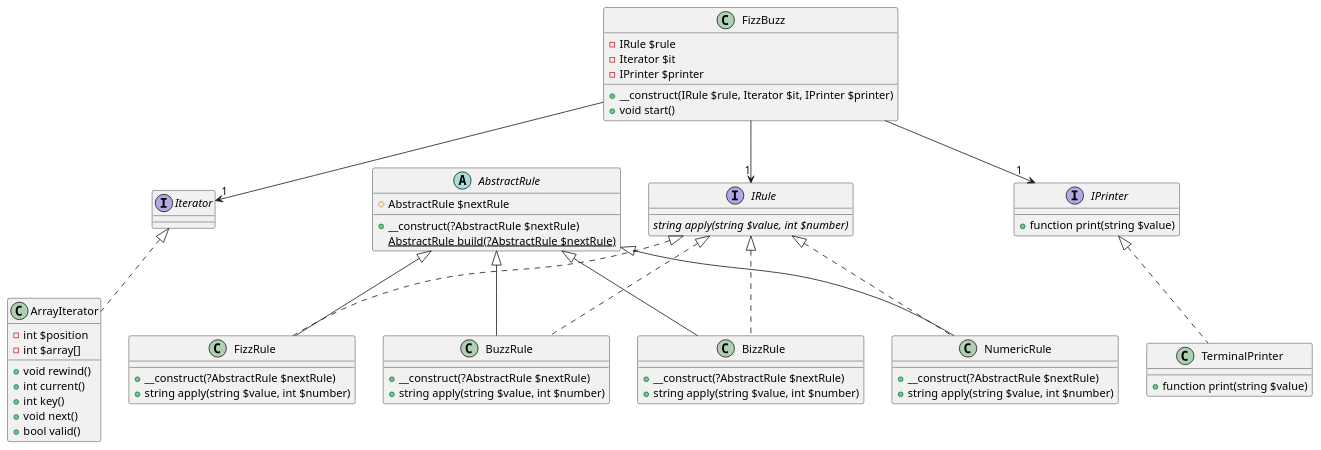
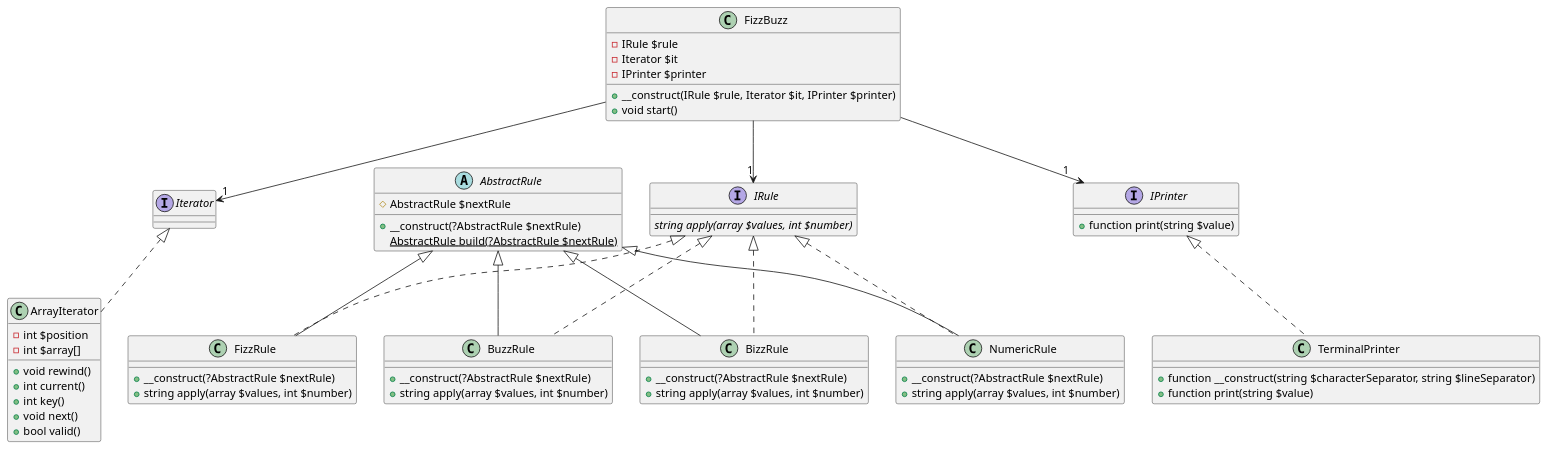
Before and after one commit to SuzukiCecil/FizzBuzz_Solid: the diagram in doc/uml.wsd, drawn with PlantUML. The commit also changed 13 other files, not shown here.

```diff
--- a/doc/uml.wsd
+++ b/doc/uml.wsd
@@ -1,71 +1,72 @@
 @startuml
 class FizzBuzz {
   - IRule $rule
   - Iterator $it
   - IPrinter $printer
   + __construct(IRule $rule, Iterator $it, IPrinter $printer)
   + void start()
 }
 
 interface Iterator
 
 class ArrayIterator {
   - int $position
   - int $array[]
   + void rewind()
   + int current()
   + int key()
   + void next()
   + bool valid()
 }
 
 
 interface IPrinter {
   + function print(string $value)
 }
 
 class TerminalPrinter {
-  + function print(string $value) 
+  + function __construct(string $characterSeparator, string $lineSeparator)
+  + function print(string $value)
 }
 
 abstract class AbstractRule {
   # AbstractRule $nextRule
   + __construct(?AbstractRule $nextRule)
   {static} AbstractRule build(?AbstractRule $nextRule)
 }
 interface IRule {
-  {abstract} string apply(string $value, int $number)
+  {abstract} string apply(array $values, int $number)
 }
 class FizzRule {
   + __construct(?AbstractRule $nextRule)
-  + string apply(string $value, int $number)
+  + string apply(array $values, int $number)
 }
 class BuzzRule {
   + __construct(?AbstractRule $nextRule)
-  + string apply(string $value, int $number)
+  + string apply(array $values, int $number)
 }
 class BizzRule {
   + __construct(?AbstractRule $nextRule)
-  + string apply(string $value, int $number)
+  + string apply(array $values, int $number)
 }
 class NumericRule {
   + __construct(?AbstractRule $nextRule)
-  + string apply(string $value, int $number)
+  + string apply(array $values, int $number)
 }
 IRule <|.. FizzRule
 IRule <|.. BuzzRule
 IRule <|.. BizzRule
 IRule <|.. NumericRule
 AbstractRule <|-- FizzRule
 AbstractRule <|-- BuzzRule
 AbstractRule <|-- BizzRule
 AbstractRule <|-- NumericRule
 
 IPrinter <|.. TerminalPrinter
 Iterator <|.. ArrayIterator
 
 FizzBuzz --> "1" IRule
 FizzBuzz --> "1" Iterator
 FizzBuzz --> "1" IPrinter
 
 @enduml
```
